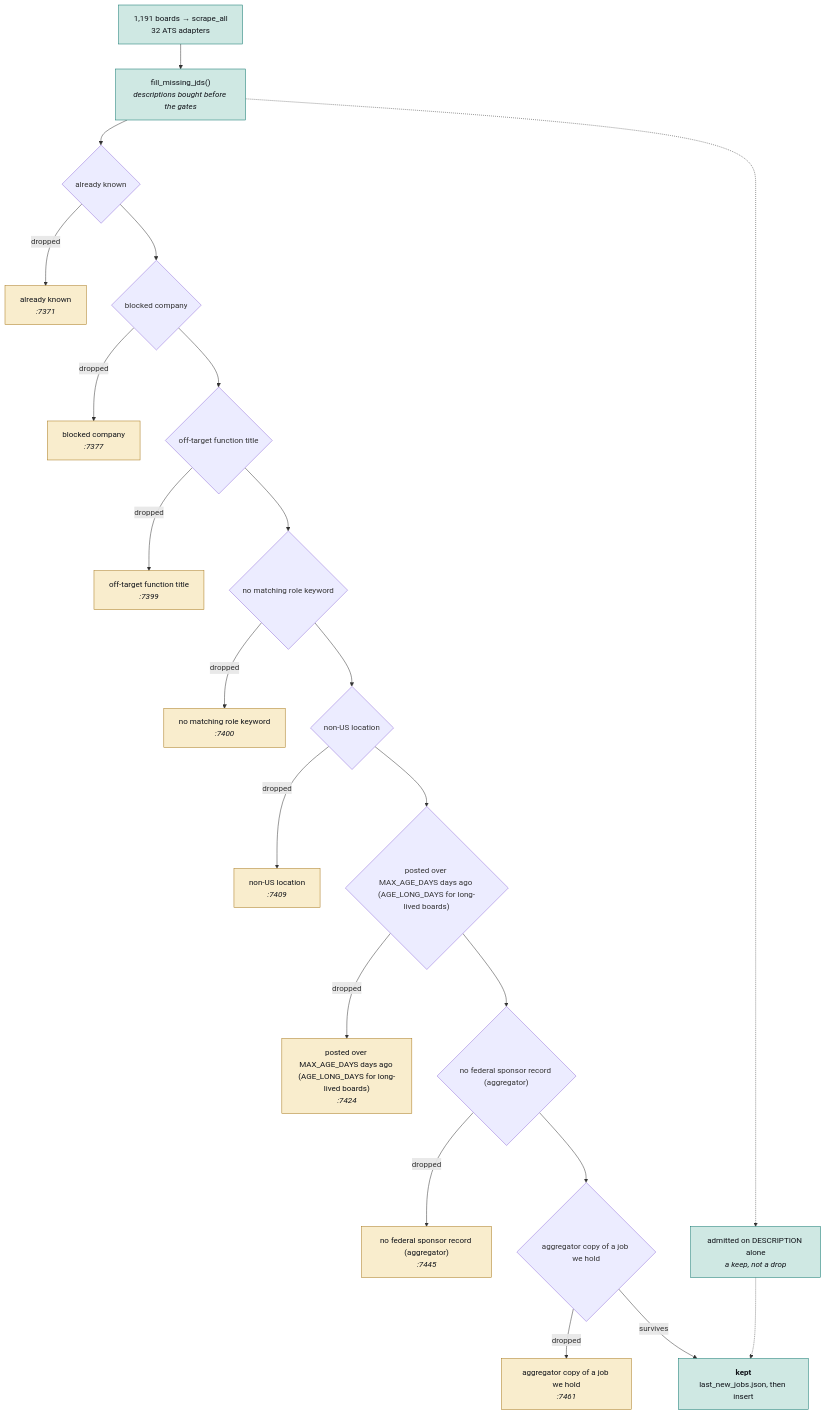
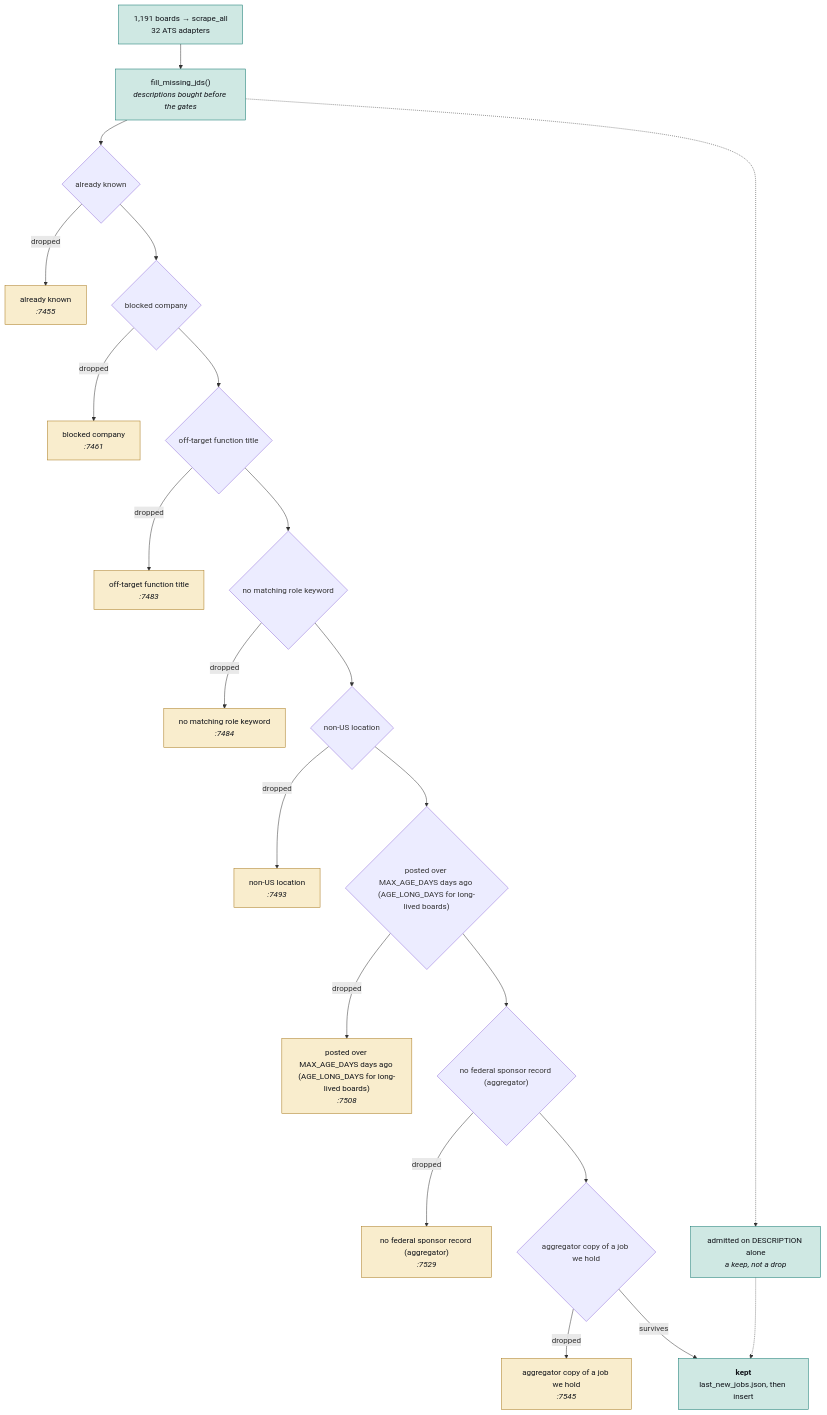
Before and after one commit to hadakunal909-debug/job-search-tool: the second of 4 diagrams in JobMatch Scraper/docs/ARCHITECTURE.md, drawn with Mermaid. The commit also changed other lines of this file and 8 other files, not shown here.

````diff
--- a/JobMatch Scraper/docs/ARCHITECTURE.md
+++ b/JobMatch Scraper/docs/ARCHITECTURE.md
@@ -106,54 +106,54 @@
 ```mermaid
 flowchart TB
   SRC["1,191 boards → scrape_all<br/>32 ATS adapters"]
   JD["fill_missing_jds()<br/><i>descriptions bought before the gates</i>"]
   SRC --> JD
   G0{"already known"}
-  D0["already known<br/><i>:7371</i>"]
+  D0["already known<br/><i>:7455</i>"]
   JD --> G0
   G0 -->|dropped| D0
   class D0 trap
   G1{"blocked company"}
-  D1["blocked company<br/><i>:7377</i>"]
+  D1["blocked company<br/><i>:7461</i>"]
   G0 --> G1
   G1 -->|dropped| D1
   class D1 trap
   G2{"off-target function title"}
-  D2["off-target function title<br/><i>:7399</i>"]
+  D2["off-target function title<br/><i>:7483</i>"]
   G1 --> G2
   G2 -->|dropped| D2
   class D2 trap
   G3{"no matching role keyword"}
-  D3["no matching role keyword<br/><i>:7400</i>"]
+  D3["no matching role keyword<br/><i>:7484</i>"]
   G2 --> G3
   G3 -->|dropped| D3
   class D3 trap
   G4{"non-US location"}
-  D4["non-US location<br/><i>:7409</i>"]
+  D4["non-US location<br/><i>:7493</i>"]
   G3 --> G4
   G4 -->|dropped| D4
   class D4 trap
   G5{"posted over MAX_AGE_DAYS days ago (AGE_LONG_DAYS for long-lived boards)"}
-  D5["posted over MAX_AGE_DAYS days ago (AGE_LONG_DAYS for long-lived boards)<br/><i>:7424</i>"]
+  D5["posted over MAX_AGE_DAYS days ago (AGE_LONG_DAYS for long-lived boards)<br/><i>:7508</i>"]
   G4 --> G5
   G5 -->|dropped| D5
   class D5 trap
   G6{"no federal sponsor record (aggregator)"}
-  D6["no federal sponsor record (aggregator)<br/><i>:7445</i>"]
+  D6["no federal sponsor record (aggregator)<br/><i>:7529</i>"]
   G5 --> G6
   G6 -->|dropped| D6
   class D6 trap
   G7{"aggregator copy of a job we hold"}
-  D7["aggregator copy of a job we hold<br/><i>:7461</i>"]
+  D7["aggregator copy of a job we hold<br/><i>:7545</i>"]
   G6 --> G7
   G7 -->|dropped| D7
   class D7 trap
   KEEP["<b>kept</b><br/>last_new_jobs.json, then insert"]
   G7 -->|survives| KEEP
   RESCUE["admitted on DESCRIPTION alone<br/><i>a keep, not a drop</i>"]
   JD -.-> RESCUE
   RESCUE -.-> KEEP
   classDef trap fill:#f9edcd,stroke:#a8781a,color:#101319
   classDef sched fill:#cfe8e3,stroke:#0f766e,color:#101319
   class SRC,JD,KEEP,RESCUE sched
 ```
````
